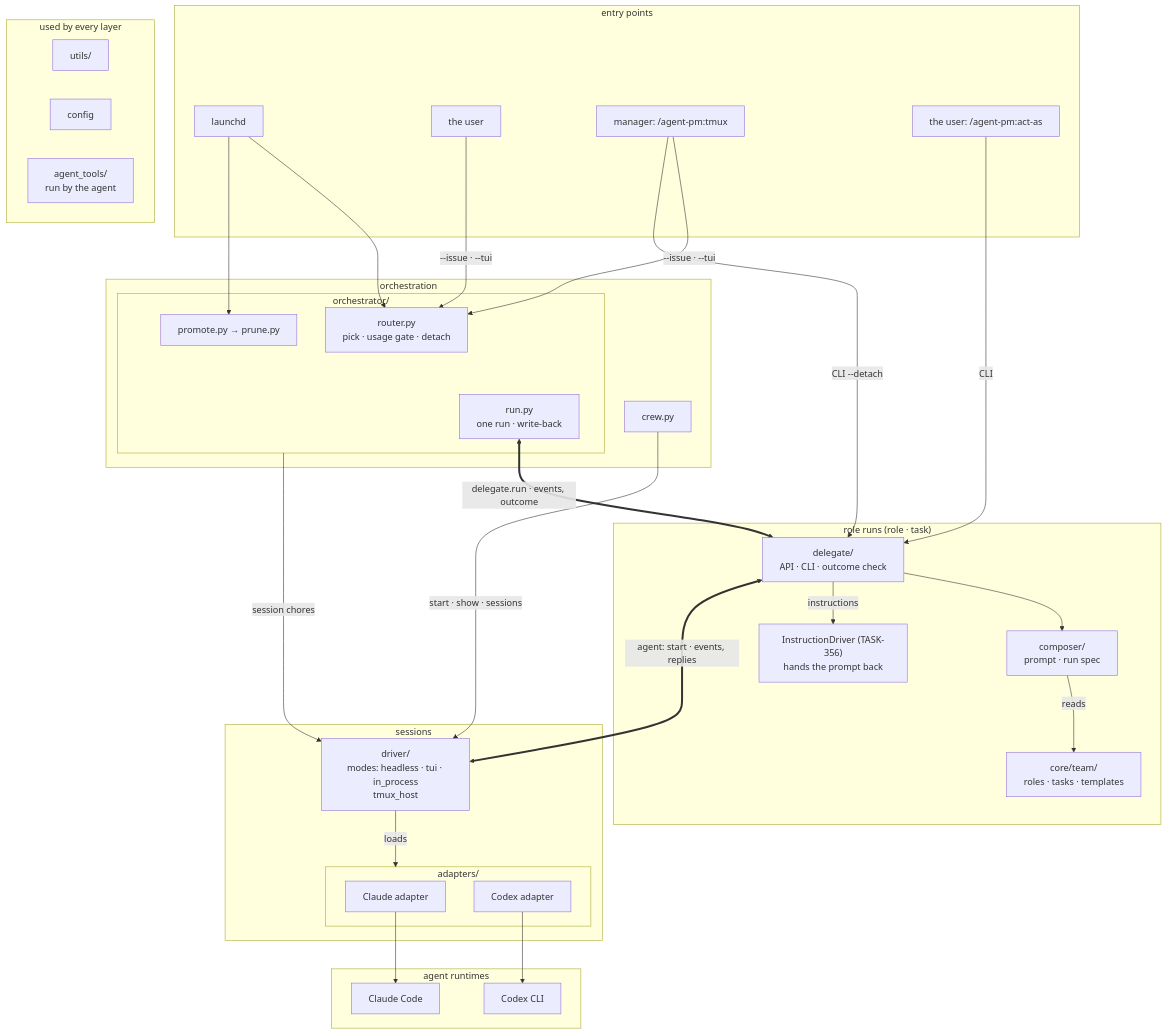
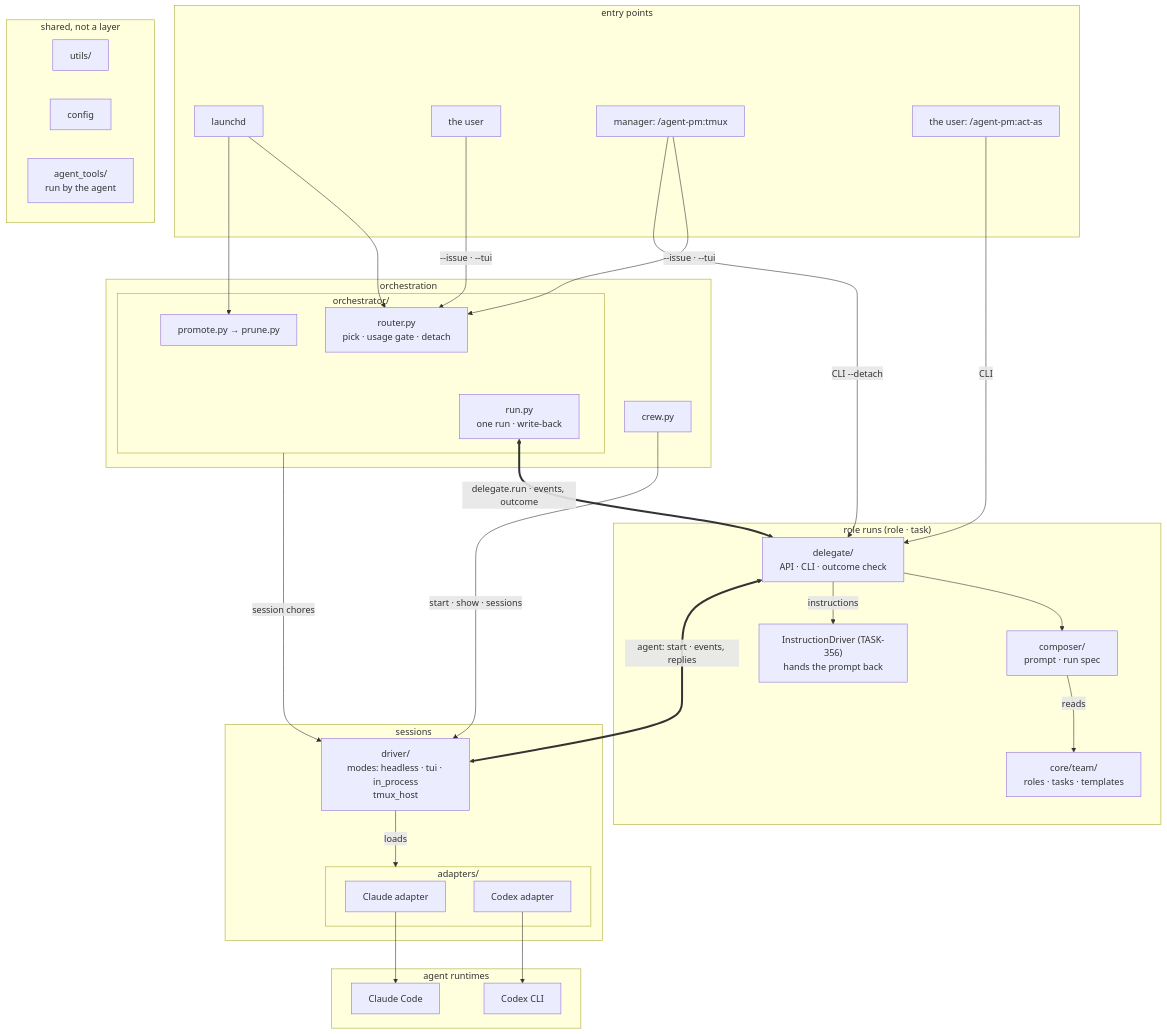
Before and after one commit to ophis/agent-pm: the second of 4 diagrams in README.md, drawn with Mermaid.

Commit message:
README: side box title
Claude-Session: https://claude.ai/code/session_01DWNTKp8E4ZkndBswMuqLEu

````diff
--- a/README.md
+++ b/README.md
@@ -20,55 +20,55 @@
 ```mermaid
 flowchart TB
   subgraph EN[entry points]
     LD[launchd]
     HU[the user]
     M["manager: /agent-pm:tmux"]
     A["the user: /agent-pm:act-as"]
   end
   subgraph L1[orchestration]
     subgraph OR[orchestrator/]
       R["router.py<br>pick · usage gate · detach"]
       RU["run.py<br>one run · write-back"]
       PP["promote.py → prune.py"]
     end
     W[crew.py]
   end
   subgraph L2["role runs (role · task)"]
     D["delegate/<br>API · CLI · outcome check"]
     C["composer/<br>prompt · run spec"]
     ID["InstructionDriver (TASK-356)<br>hands the prompt back"]
     T["core/team/<br>roles · tasks · templates"]
   end
   subgraph L3[sessions]
     DR["driver/<br>modes: headless · tui · in_process<br>tmux_host"]
     subgraph AD[adapters/]
       CL[Claude adapter]
       CX[Codex adapter]
     end
   end
-  subgraph SH[used by every layer]
+  subgraph SH[shared, not a layer]
     U["utils/"]
     CFG["config"]
     AT["agent_tools/<br>run by the agent"]
   end
   subgraph RT[agent runtimes]
     P1[Claude Code]
     P2[Codex CLI]
   end
   LD --> R & PP
   HU & M -->|"--issue · --tui"| R
   M -->|"CLI --detach"| D
   A -->|CLI| D
   W -->|"start · show · sessions"| DR
   RU <==>|"delegate.run · events, outcome"| D
   OR -->|"session chores"| DR
   D --> C
   C -->|reads| T
   D -->|instructions| ID
   D <==>|"agent: start · events, replies"| DR
   DR -->|loads| AD
   CL --> P1
   CX --> P2
   R ~~~ RU
   C ~~~ DR
 ```
````
